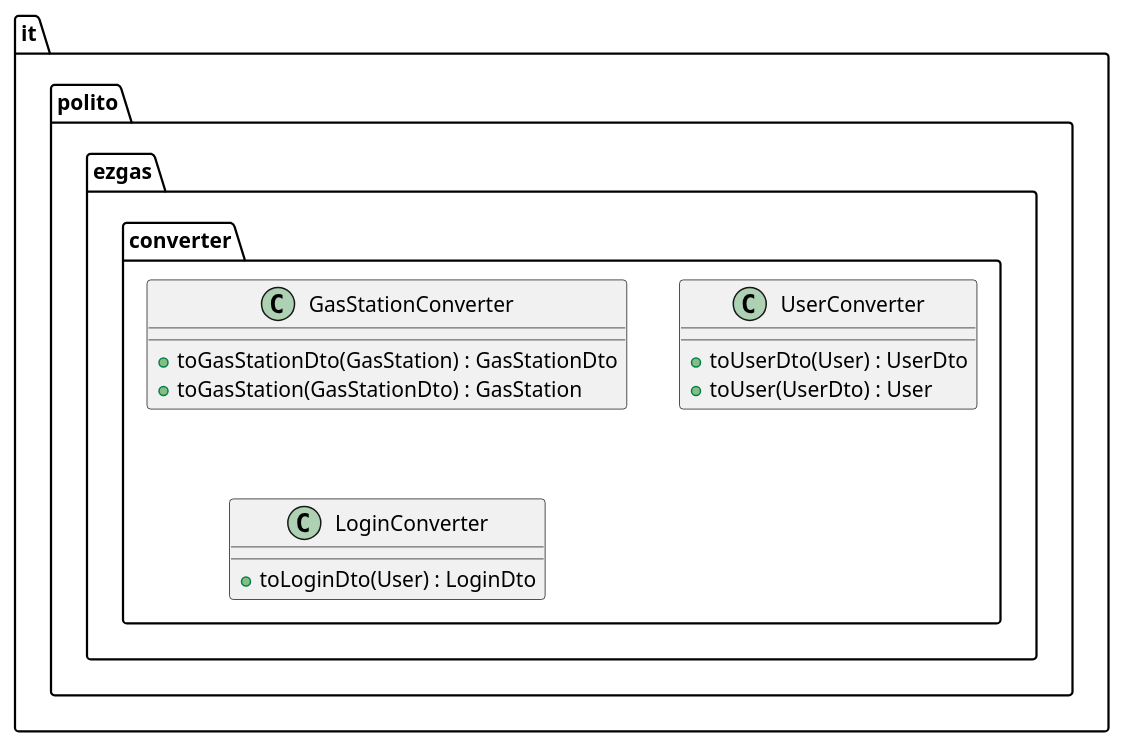
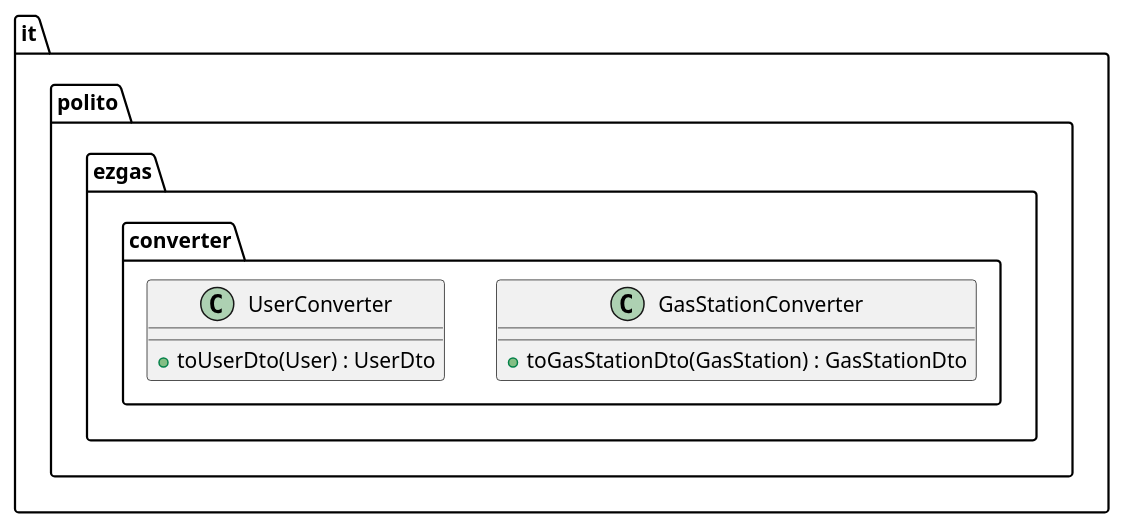
One commit to lucarinelli/ezgas changed the eighth of 13 diagrams in docs/DesignDocument.md. Above: the diagram before and after it, drawn with PlantUML. The commit also changed other lines of this file, not shown here.

````diff
--- a/docs/DesignDocument.md
+++ b/docs/DesignDocument.md
@@ -453,17 +423,13 @@
 ```plantuml
 @startuml
 package "it.polito.ezgas.converter" {
         class GasStationConverter{
             +toGasStationDto(GasStation) : GasStationDto
-            +toGasStation(GasStationDto) : GasStation
         }
         class UserConverter{
             +toUserDto(User) : UserDto
-            +toUser(UserDto) : User
         }
-        class LoginConverter{
-            +toLoginDto(User) : LoginDto
-        }
+        
     }
 @enduml
 ```
````
